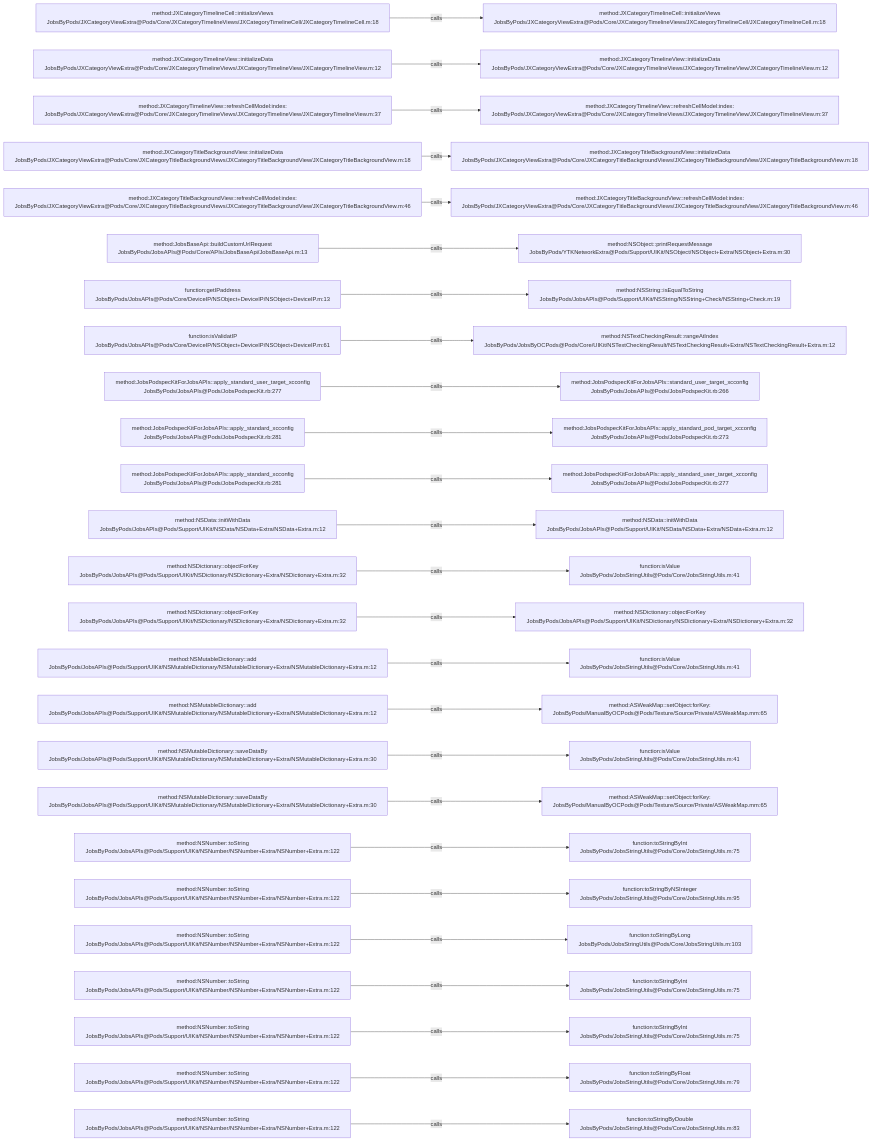
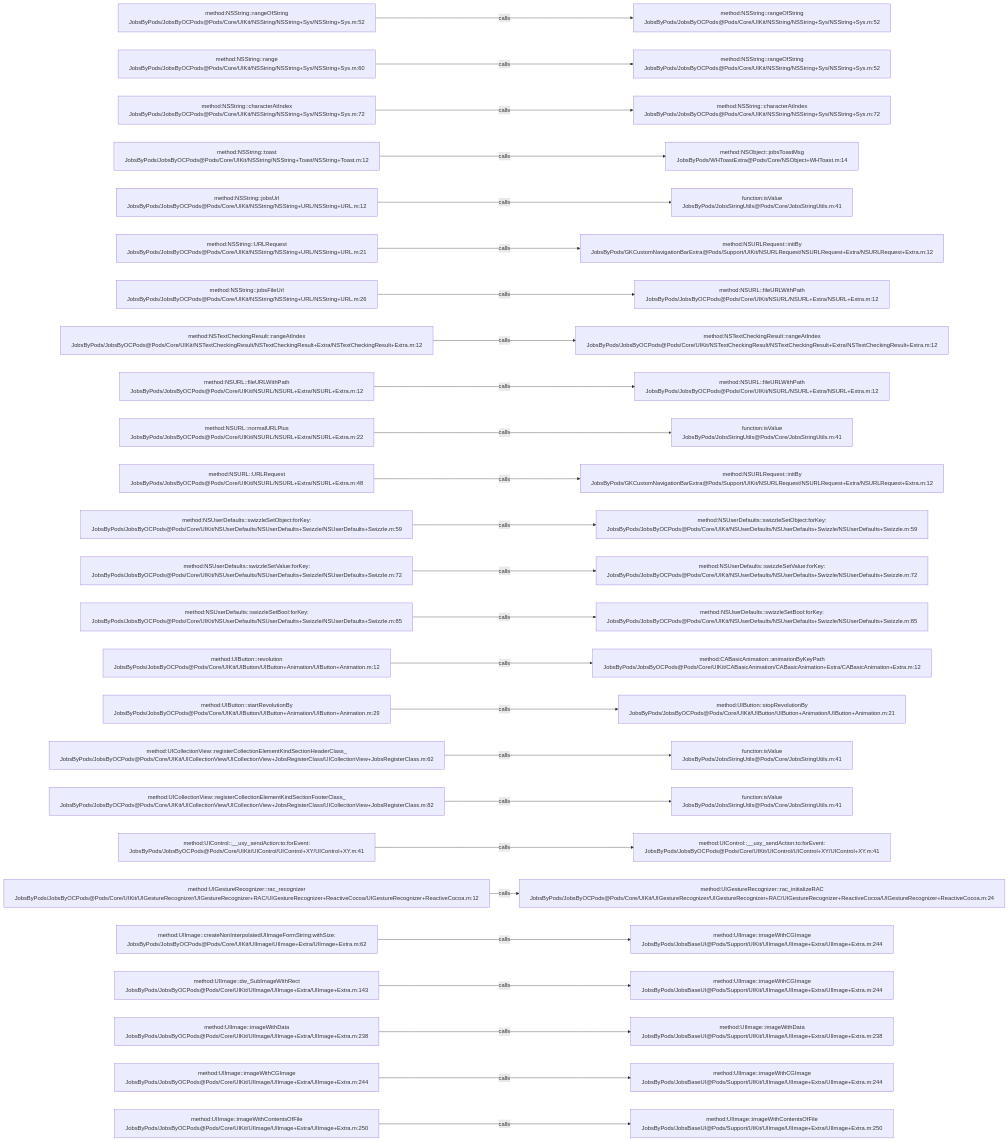
One commit to JobsKits/JobsOCBaseConfigDemo changed the diagram in .codegraph/codegraph.md/graphs/calls-006.md. Above: the diagram before and after it, drawn with Mermaid. The commit also changed 2162 other files, not shown here.

````diff
--- a/.codegraph/codegraph.md/graphs/calls-006.md
+++ b/.codegraph/codegraph.md/graphs/calls-006.md
@@ -13,78 +13,78 @@
 ```mermaid
 flowchart LR
-  S1["method:JXCategoryTimelineCell::initializeViews<br/>JobsByPods/JXCategoryViewExtra@Pods/Core/JXCategoryTimelineViews/JXCategoryTimelineCell/JXCategoryTimelineCell.m:18"]
-  T1["method:JXCategoryTimelineCell::initializeViews<br/>JobsByPods/JXCategoryViewExtra@Pods/Core/JXCategoryTimelineViews/JXCategoryTimelineCell/JXCategoryTimelineCell.m:18"]
+  S1["method:NSString::rangeOfString<br/>JobsByPods/JobsByOCPods@Pods/Core/UIKit/NSString/NSString+Sys/NSString+Sys.m:52"]
+  T1["method:NSString::rangeOfString<br/>JobsByPods/JobsByOCPods@Pods/Core/UIKit/NSString/NSString+Sys/NSString+Sys.m:52"]
   S1 -->|calls| T1
-  S2["method:JXCategoryTimelineView::initializeData<br/>JobsByPods/JXCategoryViewExtra@Pods/Core/JXCategoryTimelineViews/JXCategoryTimelineView/JXCategoryTimelineView.m:12"]
-  T2["method:JXCategoryTimelineView::initializeData<br/>JobsByPods/JXCategoryViewExtra@Pods/Core/JXCategoryTimelineViews/JXCategoryTimelineView/JXCategoryTimelineView.m:12"]
+  S2["method:NSString::range<br/>JobsByPods/JobsByOCPods@Pods/Core/UIKit/NSString/NSString+Sys/NSString+Sys.m:60"]
+  T2["method:NSString::rangeOfString<br/>JobsByPods/JobsByOCPods@Pods/Core/UIKit/NSString/NSString+Sys/NSString+Sys.m:52"]
   S2 -->|calls| T2
-  S3["method:JXCategoryTimelineView::refreshCellModel:index:<br/>JobsByPods/JXCategoryViewExtra@Pods/Core/JXCategoryTimelineViews/JXCategoryTimelineView/JXCategoryTimelineView.m:37"]
-  T3["method:JXCategoryTimelineView::refreshCellModel:index:<br/>JobsByPods/JXCategoryViewExtra@Pods/Core/JXCategoryTimelineViews/JXCategoryTimelineView/JXCategoryTimelineView.m:37"]
+  S3["method:NSString::characterAtIndex<br/>JobsByPods/JobsByOCPods@Pods/Core/UIKit/NSString/NSString+Sys/NSString+Sys.m:72"]
+  T3["method:NSString::characterAtIndex<br/>JobsByPods/JobsByOCPods@Pods/Core/UIKit/NSString/NSString+Sys/NSString+Sys.m:72"]
   S3 -->|calls| T3
-  S4["method:JXCategoryTitleBackgroundView::initializeData<br/>JobsByPods/JXCategoryViewExtra@Pods/Core/JXCategoryTitleBackgroundViews/JXCategoryTitleBackgroundView/JXCategoryTitleBackgroundView.m:18"]
-  T4["method:JXCategoryTitleBackgroundView::initializeData<br/>JobsByPods/JXCategoryViewExtra@Pods/Core/JXCategoryTitleBackgroundViews/JXCategoryTitleBackgroundView/JXCategoryTitleBackgroundView.m:18"]
+  S4["method:NSString::toast<br/>JobsByPods/JobsByOCPods@Pods/Core/UIKit/NSString/NSString+Toast/NSString+Toast.m:12"]
+  T4["method:NSObject::jobsToastMsg<br/>JobsByPods/WHToastExtra@Pods/Core/NSObject+WHToast.m:14"]
   S4 -->|calls| T4
-  S5["method:JXCategoryTitleBackgroundView::refreshCellModel:index:<br/>JobsByPods/JXCategoryViewExtra@Pods/Core/JXCategoryTitleBackgroundViews/JXCategoryTitleBackgroundView/JXCategoryTitleBackgroundView.m:46"]
-  T5["method:JXCategoryTitleBackgroundView::refreshCellModel:index:<br/>JobsByPods/JXCategoryViewExtra@Pods/Core/JXCategoryTitleBackgroundViews/JXCategoryTitleBackgroundView/JXCategoryTitleBackgroundView.m:46"]
+  S5["method:NSString::jobsUrl<br/>JobsByPods/JobsByOCPods@Pods/Core/UIKit/NSString/NSString+URL/NSString+URL.m:12"]
+  T5["function:isValue<br/>JobsByPods/JobsStringUtils@Pods/Core/JobsStringUtils.m:41"]
   S5 -->|calls| T5
-  S6["method:JobsBaseApi::buildCustomUrlRequest<br/>JobsByPods/JobsAPIs@Pods/Core/APIs/JobsBaseApi/JobsBaseApi.m:13"]
-  T6["method:NSObject::printRequestMessage<br/>JobsByPods/YTKNetworkExtra@Pods/Support/UIKit/NSObject/NSObject+Extra/NSObject+Extra.m:30"]
+  S6["method:NSString::URLRequest<br/>JobsByPods/JobsByOCPods@Pods/Core/UIKit/NSString/NSString+URL/NSString+URL.m:21"]
+  T6["method:NSURLRequest::initBy<br/>JobsByPods/GKCustomNavigationBarExtra@Pods/Support/UIKit/NSURLRequest/NSURLRequest+Extra/NSURLRequest+Extra.m:12"]
   S6 -->|calls| T6
-  S7["function:getIPaddress<br/>JobsByPods/JobsAPIs@Pods/Core/DeviceIP/NSObject+DeviceIP/NSObject+DeviceIP.m:13"]
-  T7["method:NSString::isEqualToString<br/>JobsByPods/JobsAPIs@Pods/Support/UIKit/NSString/NSString+Check/NSString+Check.m:19"]
+  S7["method:NSString::jobsFileUrl<br/>JobsByPods/JobsByOCPods@Pods/Core/UIKit/NSString/NSString+URL/NSString+URL.m:26"]
+  T7["method:NSURL::fileURLWithPath<br/>JobsByPods/JobsByOCPods@Pods/Core/UIKit/NSURL/NSURL+Extra/NSURL+Extra.m:12"]
   S7 -->|calls| T7
-  S8["function:isValidatIP<br/>JobsByPods/JobsAPIs@Pods/Core/DeviceIP/NSObject+DeviceIP/NSObject+DeviceIP.m:61"]
+  S8["method:NSTextCheckingResult::rangeAtIndex<br/>JobsByPods/JobsByOCPods@Pods/Core/UIKit/NSTextCheckingResult/NSTextCheckingResult+Extra/NSTextCheckingResult+Extra.m:12"]
   T8["method:NSTextCheckingResult::rangeAtIndex<br/>JobsByPods/JobsByOCPods@Pods/Core/UIKit/NSTextCheckingResult/NSTextCheckingResult+Extra/NSTextCheckingResult+Extra.m:12"]
   S8 -->|calls| T8
-  S9["method:JobsPodspecKitForJobsAPIs::apply_standard_user_target_xcconfig<br/>JobsByPods/JobsAPIs@Pods/JobsPodspecKit.rb:277"]
-  T9["method:JobsPodspecKitForJobsAPIs::standard_user_target_xcconfig<br/>JobsByPods/JobsAPIs@Pods/JobsPodspecKit.rb:266"]
+  S9["method:NSURL::fileURLWithPath<br/>JobsByPods/JobsByOCPods@Pods/Core/UIKit/NSURL/NSURL+Extra/NSURL+Extra.m:12"]
+  T9["method:NSURL::fileURLWithPath<br/>JobsByPods/JobsByOCPods@Pods/Core/UIKit/NSURL/NSURL+Extra/NSURL+Extra.m:12"]
   S9 -->|calls| T9
-  S10["method:JobsPodspecKitForJobsAPIs::apply_standard_xcconfig<br/>JobsByPods/JobsAPIs@Pods/JobsPodspecKit.rb:281"]
-  T10["method:JobsPodspecKitForJobsAPIs::apply_standard_pod_target_xcconfig<br/>JobsByPods/JobsAPIs@Pods/JobsPodspecKit.rb:273"]
+  S10["method:NSURL::normalURLPlus<br/>JobsByPods/JobsByOCPods@Pods/Core/UIKit/NSURL/NSURL+Extra/NSURL+Extra.m:22"]
+  T10["function:isValue<br/>JobsByPods/JobsStringUtils@Pods/Core/JobsStringUtils.m:41"]
   S10 -->|calls| T10
-  S11["method:JobsPodspecKitForJobsAPIs::apply_standard_xcconfig<br/>JobsByPods/JobsAPIs@Pods/JobsPodspecKit.rb:281"]
-  T11["method:JobsPodspecKitForJobsAPIs::apply_standard_user_target_xcconfig<br/>JobsByPods/JobsAPIs@Pods/JobsPodspecKit.rb:277"]
+  S11["method:NSURL::URLRequest<br/>JobsByPods/JobsByOCPods@Pods/Core/UIKit/NSURL/NSURL+Extra/NSURL+Extra.m:48"]
+  T11["method:NSURLRequest::initBy<br/>JobsByPods/GKCustomNavigationBarExtra@Pods/Support/UIKit/NSURLRequest/NSURLRequest+Extra/NSURLRequest+Extra.m:12"]
   S11 -->|calls| T11
-  S12["method:NSData::initWithData<br/>JobsByPods/JobsAPIs@Pods/Support/UIKit/NSData/NSData+Extra/NSData+Extra.m:12"]
-  T12["method:NSData::initWithData<br/>JobsByPods/JobsAPIs@Pods/Support/UIKit/NSData/NSData+Extra/NSData+Extra.m:12"]
+  S12["method:NSUserDefaults::swizzleSetObject:forKey:<br/>JobsByPods/JobsByOCPods@Pods/Core/UIKit/NSUserDefaults/NSUserDefaults+Swizzle/NSUserDefaults+Swizzle.m:59"]
+  T12["method:NSUserDefaults::swizzleSetObject:forKey:<br/>JobsByPods/JobsByOCPods@Pods/Core/UIKit/NSUserDefaults/NSUserDefaults+Swizzle/NSUserDefaults+Swizzle.m:59"]
   S12 -->|calls| T12
-  S13["method:NSDictionary::objectForKey<br/>JobsByPods/JobsAPIs@Pods/Support/UIKit/NSDictionary/NSDictionary+Extra/NSDictionary+Extra.m:32"]
-  T13["function:isValue<br/>JobsByPods/JobsStringUtils@Pods/Core/JobsStringUtils.m:41"]
+  S13["method:NSUserDefaults::swizzleSetValue:forKey:<br/>JobsByPods/JobsByOCPods@Pods/Core/UIKit/NSUserDefaults/NSUserDefaults+Swizzle/NSUserDefaults+Swizzle.m:72"]
+  T13["method:NSUserDefaults::swizzleSetValue:forKey:<br/>JobsByPods/JobsByOCPods@Pods/Core/UIKit/NSUserDefaults/NSUserDefaults+Swizzle/NSUserDefaults+Swizzle.m:72"]
   S13 -->|calls| T13
-  S14["method:NSDictionary::objectForKey<br/>JobsByPods/JobsAPIs@Pods/Support/UIKit/NSDictionary/NSDictionary+Extra/NSDictionary+Extra.m:32"]
-  T14["method:NSDictionary::objectForKey<br/>JobsByPods/JobsAPIs@Pods/Support/UIKit/NSDictionary/NSDictionary+Extra/NSDictionary+Extra.m:32"]
+  S14["method:NSUserDefaults::swizzleSetBool:forKey:<br/>JobsByPods/JobsByOCPods@Pods/Core/UIKit/NSUserDefaults/NSUserDefaults+Swizzle/NSUserDefaults+Swizzle.m:85"]
+  T14["method:NSUserDefaults::swizzleSetBool:forKey:<br/>JobsByPods/JobsByOCPods@Pods/Core/UIKit/NSUserDefaults/NSUserDefaults+Swizzle/NSUserDefaults+Swizzle.m:85"]
   S14 -->|calls| T14
-  S15["method:NSMutableDictionary::add<br/>JobsByPods/JobsAPIs@Pods/Support/UIKit/NSMutableDictionary/NSMutableDictionary+Extra/NSMutableDictionary+Extra.m:12"]
-  T15["function:isValue<br/>JobsByPods/JobsStringUtils@Pods/Core/JobsStringUtils.m:41"]
+  S15["method:UIButton::revolution<br/>JobsByPods/JobsByOCPods@Pods/Core/UIKit/UIButton/UIButton+Animation/UIButton+Animation.m:12"]
+  T15["method:CABasicAnimation::animationByKeyPath<br/>JobsByPods/JobsByOCPods@Pods/Core/UIKit/CABasicAnimation/CABasicAnimation+Extra/CABasicAnimation+Extra.m:12"]
   S15 -->|calls| T15
-  S16["method:NSMutableDictionary::add<br/>JobsByPods/JobsAPIs@Pods/Support/UIKit/NSMutableDictionary/NSMutableDictionary+Extra/NSMutableDictionary+Extra.m:12"]
-  T16["method:ASWeakMap::setObject:forKey:<br/>JobsByPods/ManualByOCPods@Pods/Texture/Source/Private/ASWeakMap.mm:65"]
+  S16["method:UIButton::startRevolutionBy<br/>JobsByPods/JobsByOCPods@Pods/Core/UIKit/UIButton/UIButton+Animation/UIButton+Animation.m:29"]
+  T16["method:UIButton::stopRevolutionBy<br/>JobsByPods/JobsByOCPods@Pods/Core/UIKit/UIButton/UIButton+Animation/UIButton+Animation.m:21"]
   S16 -->|calls| T16
-  S17["method:NSMutableDictionary::saveDataBy<br/>JobsByPods/JobsAPIs@Pods/Support/UIKit/NSMutableDictionary/NSMutableDictionary+Extra/NSMutableDictionary+Extra.m:30"]
+  S17["method:UICollectionView::registerCollectionElementKindSectionHeaderClass_<br/>JobsByPods/JobsByOCPods@Pods/Core/UIKit/UICollectionView/UICollectionView+JobsRegisterClass/UICollectionView+JobsRegisterClass.m:62"]
   T17["function:isValue<br/>JobsByPods/JobsStringUtils@Pods/Core/JobsStringUtils.m:41"]
   S17 -->|calls| T17
-  S18["method:NSMutableDictionary::saveDataBy<br/>JobsByPods/JobsAPIs@Pods/Support/UIKit/NSMutableDictionary/NSMutableDictionary+Extra/NSMutableDictionary+Extra.m:30"]
-  T18["method:ASWeakMap::setObject:forKey:<br/>JobsByPods/ManualByOCPods@Pods/Texture/Source/Private/ASWeakMap.mm:65"]
+  S18["method:UICollectionView::registerCollectionElementKindSectionFooterClass_<br/>JobsByPods/JobsByOCPods@Pods/Core/UIKit/UICollectionView/UICollectionView+JobsRegisterClass/UICollectionView+JobsRegisterClass.m:82"]
+  T18["function:isValue<br/>JobsByPods/JobsStringUtils@Pods/Core/JobsStringUtils.m:41"]
   S18 -->|calls| T18
-  S19["method:NSNumber::toString<br/>JobsByPods/JobsAPIs@Pods/Support/UIKit/NSNumber/NSNumber+Extra/NSNumber+Extra.m:122"]
-  T19["function:toStringByInt<br/>JobsByPods/JobsStringUtils@Pods/Core/JobsStringUtils.m:75"]
+  S19["method:UIControl::__uxy_sendAction:to:forEvent:<br/>JobsByPods/JobsByOCPods@Pods/Core/UIKit/UIControl/UIControl+XY/UIControl+XY.m:41"]
+  T19["method:UIControl::__uxy_sendAction:to:forEvent:<br/>JobsByPods/JobsByOCPods@Pods/Core/UIKit/UIControl/UIControl+XY/UIControl+XY.m:41"]
   S19 -->|calls| T19
-  S20["method:NSNumber::toString<br/>JobsByPods/JobsAPIs@Pods/Support/UIKit/NSNumber/NSNumber+Extra/NSNumber+Extra.m:122"]
-  T20["function:toStringByNSInteger<br/>JobsByPods/JobsStringUtils@Pods/Core/JobsStringUtils.m:95"]
+  S20["method:UIGestureRecognizer::rac_recognizer<br/>JobsByPods/JobsByOCPods@Pods/Core/UIKit/UIGestureRecognizer/UIGestureRecognizer+RAC/UIGestureRecognizer+ReactiveCocoa/UIGestureRecognizer+ReactiveCocoa.m:12"]
+  T20["method:UIGestureRecognizer::rac_initializeRAC<br/>JobsByPods/JobsByOCPods@Pods/Core/UIKit/UIGestureRecognizer/UIGestureRecognizer+RAC/UIGestureRecognizer+ReactiveCocoa/UIGestureRecognizer+ReactiveCocoa.m:24"]
   S20 -->|calls| T20
-  S21["method:NSNumber::toString<br/>JobsByPods/JobsAPIs@Pods/Support/UIKit/NSNumber/NSNumber+Extra/NSNumber+Extra.m:122"]
-  T21["function:toStringByLong<br/>JobsByPods/JobsStringUtils@Pods/Core/JobsStringUtils.m:103"]
+  S21["method:UIImage::createNonInterpolatedUIImageFormString:withSize:<br/>JobsByPods/JobsByOCPods@Pods/Core/UIKit/UIImage/UIImage+Extra/UIImage+Extra.m:62"]
+  T21["method:UIImage::imageWithCGImage<br/>JobsByPods/JobsBaseUI@Pods/Support/UIKit/UIImage/UIImage+Extra/UIImage+Extra.m:244"]
   S21 -->|calls| T21
-  S22["method:NSNumber::toString<br/>JobsByPods/JobsAPIs@Pods/Support/UIKit/NSNumber/NSNumber+Extra/NSNumber+Extra.m:122"]
-  T22["function:toStringByInt<br/>JobsByPods/JobsStringUtils@Pods/Core/JobsStringUtils.m:75"]
+  S22["method:UIImage::dw_SubImageWithRect<br/>JobsByPods/JobsByOCPods@Pods/Core/UIKit/UIImage/UIImage+Extra/UIImage+Extra.m:143"]
+  T22["method:UIImage::imageWithCGImage<br/>JobsByPods/JobsBaseUI@Pods/Support/UIKit/UIImage/UIImage+Extra/UIImage+Extra.m:244"]
   S22 -->|calls| T22
-  S23["method:NSNumber::toString<br/>JobsByPods/JobsAPIs@Pods/Support/UIKit/NSNumber/NSNumber+Extra/NSNumber+Extra.m:122"]
-  T23["function:toStringByInt<br/>JobsByPods/JobsStringUtils@Pods/Core/JobsStringUtils.m:75"]
+  S23["method:UIImage::imageWithData<br/>JobsByPods/JobsByOCPods@Pods/Core/UIKit/UIImage/UIImage+Extra/UIImage+Extra.m:238"]
+  T23["method:UIImage::imageWithData<br/>JobsByPods/JobsBaseUI@Pods/Support/UIKit/UIImage/UIImage+Extra/UIImage+Extra.m:238"]
   S23 -->|calls| T23
-  S24["method:NSNumber::toString<br/>JobsByPods/JobsAPIs@Pods/Support/UIKit/NSNumber/NSNumber+Extra/NSNumber+Extra.m:122"]
-  T24["function:toStringByFloat<br/>JobsByPods/JobsStringUtils@Pods/Core/JobsStringUtils.m:79"]
+  S24["method:UIImage::imageWithCGImage<br/>JobsByPods/JobsByOCPods@Pods/Core/UIKit/UIImage/UIImage+Extra/UIImage+Extra.m:244"]
+  T24["method:UIImage::imageWithCGImage<br/>JobsByPods/JobsBaseUI@Pods/Support/UIKit/UIImage/UIImage+Extra/UIImage+Extra.m:244"]
   S24 -->|calls| T24
-  S25["method:NSNumber::toString<br/>JobsByPods/JobsAPIs@Pods/Support/UIKit/NSNumber/NSNumber+Extra/NSNumber+Extra.m:122"]
-  T25["function:toStringByDouble<br/>JobsByPods/JobsStringUtils@Pods/Core/JobsStringUtils.m:83"]
+  S25["method:UIImage::imageWithContentsOfFile<br/>JobsByPods/JobsByOCPods@Pods/Core/UIKit/UIImage/UIImage+Extra/UIImage+Extra.m:250"]
+  T25["method:UIImage::imageWithContentsOfFile<br/>JobsByPods/JobsBaseUI@Pods/Support/UIKit/UIImage/UIImage+Extra/UIImage+Extra.m:250"]
   S25 -->|calls| T25
 ```
````
